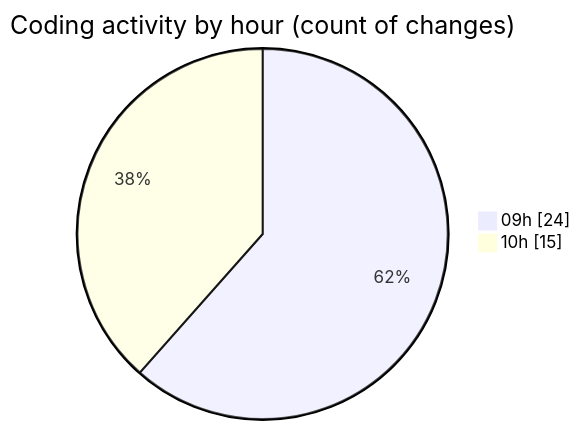
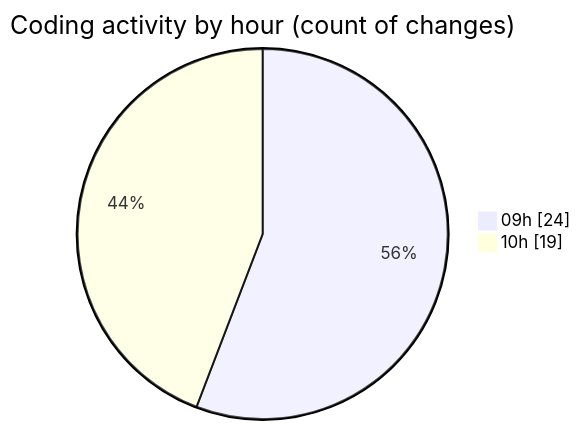
Before and after one commit to MatusMokan/code-tracking: the second of 2 diagrams in 2025-05-08/myws__workspace_/README.md, drawn with Mermaid. The commit also changed other lines of this file and 1 other file, not shown here.

````diff
--- a/2025-05-08/myws__workspace_/README.md
+++ b/2025-05-08/myws__workspace_/README.md
@@ -30,6 +30,6 @@
 ```mermaid
 pie showData
 title Coding activity by hour (count of changes)
 "09h" : 24
-"10h" : 15
+"10h" : 19
 ```
````
